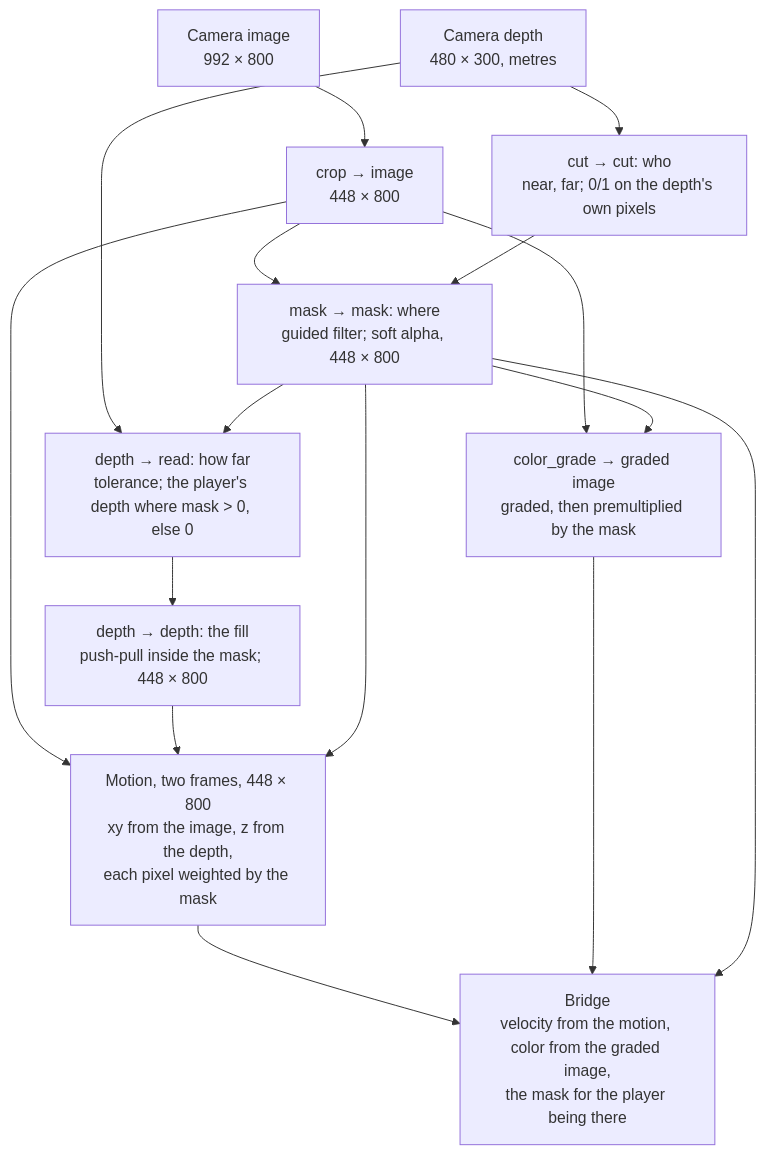
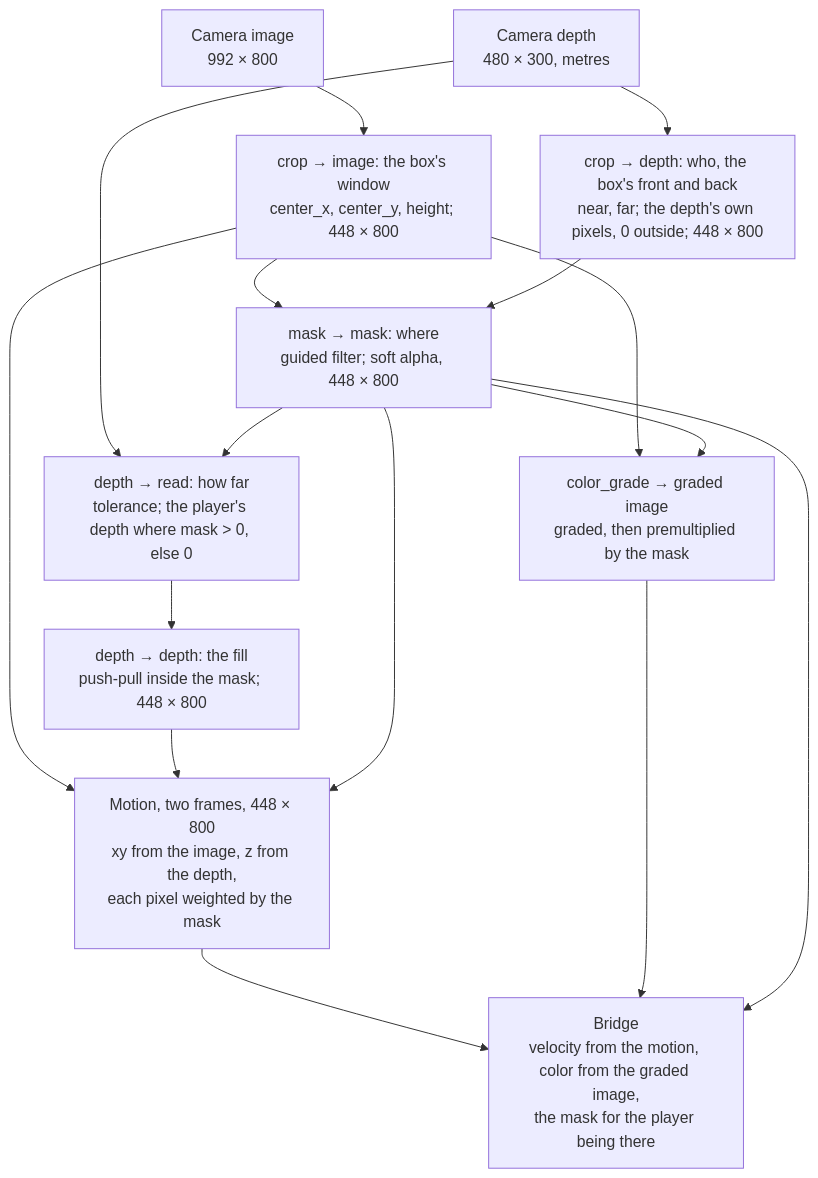
Before and after one commit to moostrik/Poser2: the diagram in modules/flow/FLOW_PLAN.md, drawn with Mermaid. The commit also changed other lines of this file, not shown here.

Commit message:
flow plan: B2's crop a crop of the box in 3D, the cut folded into it as crop.depth

````diff
--- a/modules/flow/FLOW_PLAN.md
+++ b/modules/flow/FLOW_PLAN.md
@@ -50,27 +50,27 @@
 ```mermaid
 flowchart TB
   I["Camera image<br/>992 × 800"]
   D["Camera depth<br/>480 × 300, metres"]
-  C["crop → image<br/>448 × 800"]
-  K["cut → cut: who<br/>near, far; 0/1 on the depth's own pixels"]
+  C["crop → image: the box's window<br/>center_x, center_y, height; 448 × 800"]
+  K["crop → depth: who, the box's front and back<br/>near, far; the depth's own pixels, 0 outside; 448 × 800"]
   M["mask → mask: where<br/>guided filter; soft alpha, 448 × 800"]
   R["depth → read: how far<br/>tolerance; the player's depth where mask > 0, else 0"]
   F["depth → depth: the fill<br/>push-pull inside the mask; 448 × 800"]
   G["color_grade → graded image<br/>graded, then premultiplied by the mask"]
   MO["Motion, two frames, 448 × 800<br/>xy from the image, z from the depth,<br/>each pixel weighted by the mask"]
   B["Bridge<br/>velocity from the motion, color from the graded image,<br/>the mask for the player being there"]
   I --> C
   D --> K
   C --> M
   K --> M
   D --> R
   M --> R --> F
   C --> G
   M --> G
   C --> MO
   F --> MO
   M --> MO
   MO --> B
   G --> B
   M --> B
 ```
````
